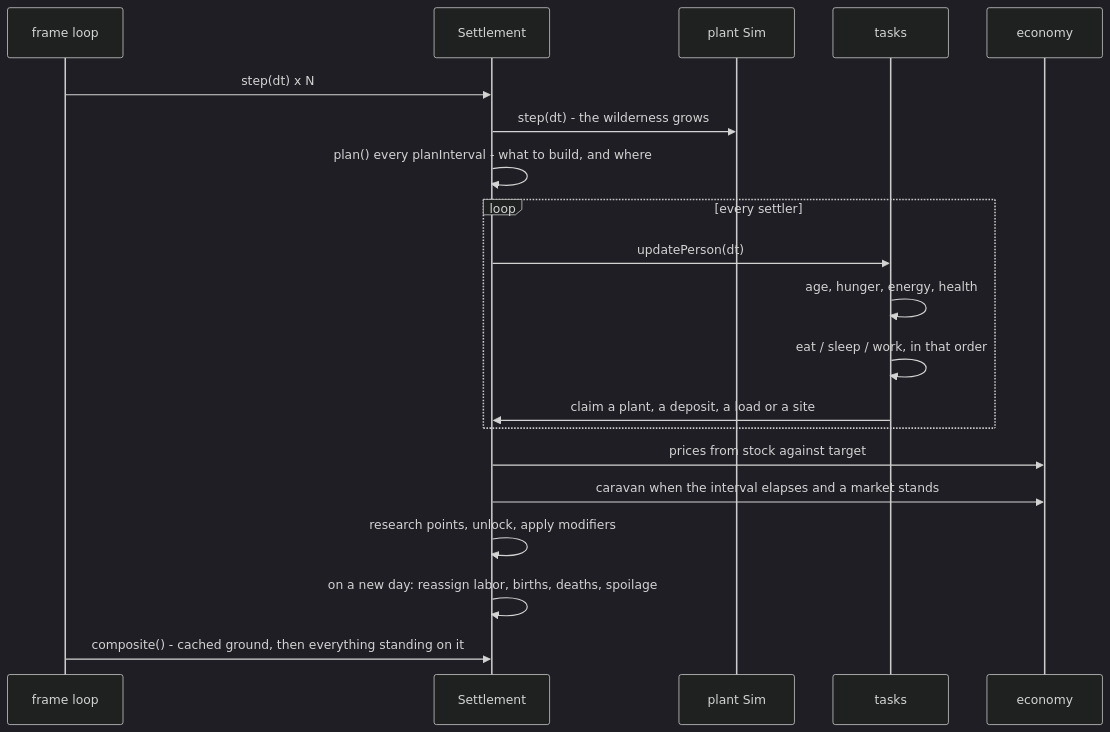
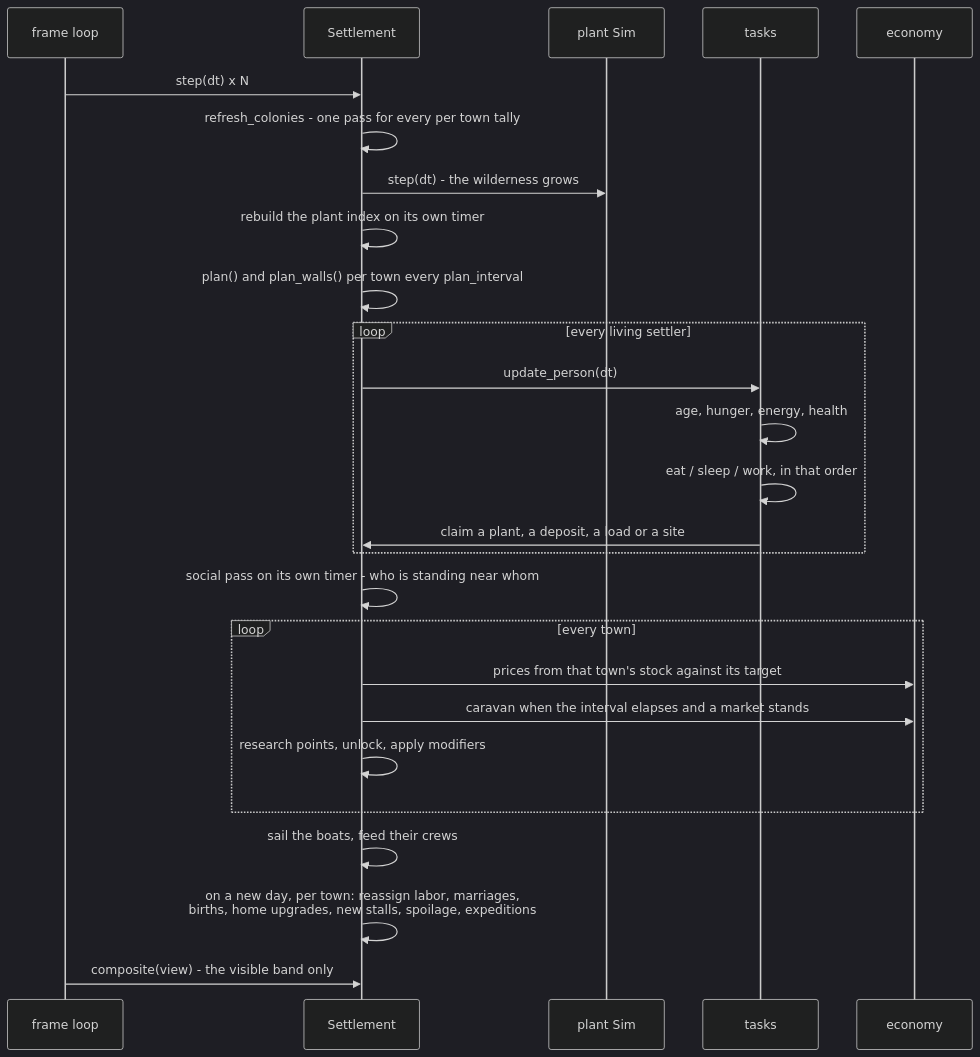
One commit to tmpk13/grow changed diagram 11 of 29 in ARCHITECTURE.md. Above: the diagram before and after it, drawn with Mermaid (dark theme). The commit also changed other lines of this file and 55 other files, not shown here.

````diff
--- a/ARCHITECTURE.md
+++ b/ARCHITECTURE.md
@@ -302,23 +503,29 @@
 ```mermaid
 sequenceDiagram
   participant L as frame loop
   participant C as Settlement
   participant P as plant Sim
   participant T as tasks
   participant E as economy
 
   L->>C: step(dt) x N
+  C->>C: refresh_colonies - one pass for every per town tally
   C->>P: step(dt) - the wilderness grows
-  C->>C: plan() every planInterval - what to build, and where
-  loop every settler
-    C->>T: updatePerson(dt)
+  C->>C: rebuild the plant index on its own timer
+  C->>C: plan() and plan_walls() per town every plan_interval
+  loop every living settler
+    C->>T: update_person(dt)
     T->>T: age, hunger, energy, health
     T->>T: eat / sleep / work, in that order
     T->>C: claim a plant, a deposit, a load or a site
   end
-  C->>E: prices from stock against target
-  C->>E: caravan when the interval elapses and a market stands
-  C->>C: research points, unlock, apply modifiers
-  C->>C: on a new day: reassign labor, births, deaths, spoilage
-  L->>C: composite() - cached ground, then everything standing on it
+  C->>C: social pass on its own timer - who is standing near whom
+  loop every town
+    C->>E: prices from that town's stock against its target
+    C->>E: caravan when the interval elapses and a market stands
+    C->>C: research points, unlock, apply modifiers
+  end
+  C->>C: sail the boats, feed their crews
+  C->>C: on a new day, per town: reassign labor, marriages,<br/>births, home upgrades, new stalls, spoilage, expeditions
+  L->>C: composite(view) - the visible band only
 ```
````
